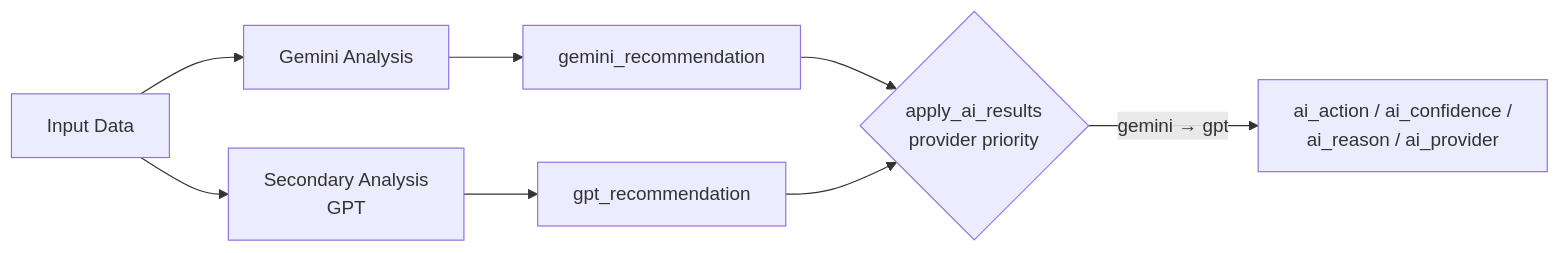
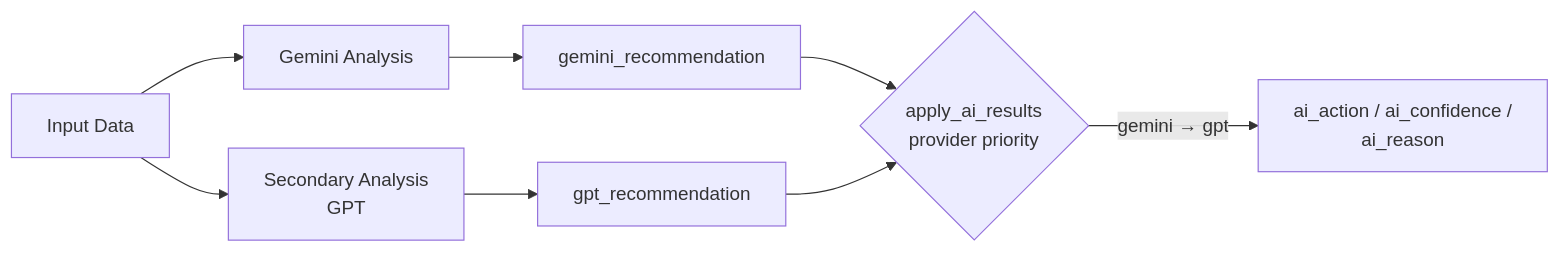
Before and after one commit to freelife1191/closing-bet-demo: the third of 6 diagrams in README.md, drawn with Mermaid. The commit also changed other lines of this file and 4 other files, not shown here.

````diff
--- a/README.md
+++ b/README.md
@@ -562,10 +562,10 @@
 ```mermaid
 graph LR
     A[Input Data] --> B[Gemini Analysis]
     A --> C[Secondary Analysis<br/>GPT]
     B --> D[gemini_recommendation]
     C --> E[gpt_recommendation]
     D --> F{apply_ai_results<br/>provider priority}
     E --> F
-    F -->|gemini → gpt| G[ai_action / ai_confidence /<br/>ai_reason / ai_provider]
+    F -->|gemini → gpt| G[ai_action / ai_confidence /<br/>ai_reason]
 ```
````
